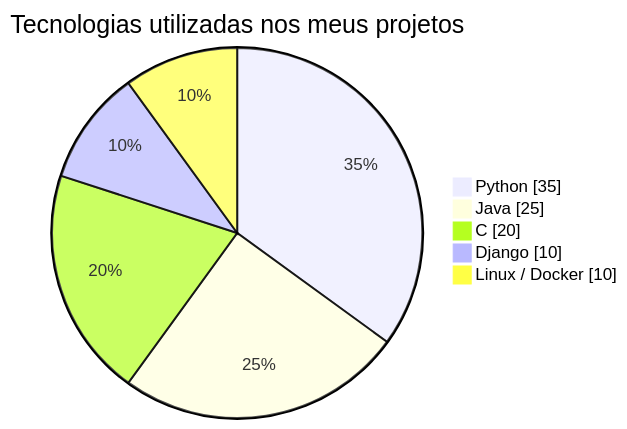
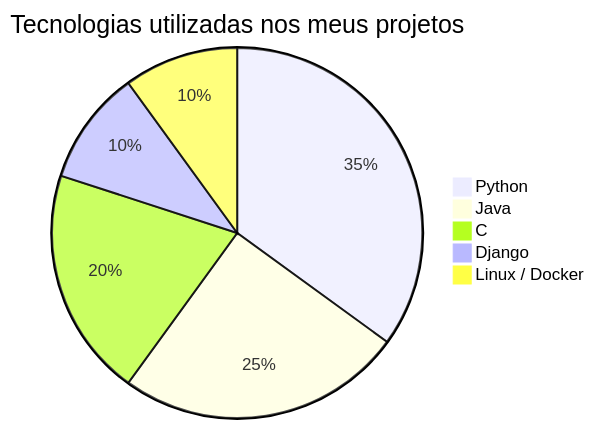
The first of 2 diagrams in README.md (miguelmoraesx/miguelmoraesx), drawn with Mermaid before and after one commit. The commit also changed other lines of this file, not shown here.

````diff
--- a/README.md
+++ b/README.md
@@ -40,9 +40,9 @@
 ```mermaid
-pie showData
+pie
 title Tecnologias utilizadas nos meus projetos
     "Python" : 35
     "Java" : 25
     "C" : 20
     "Django" : 10
     "Linux / Docker" : 10
 ```
````
